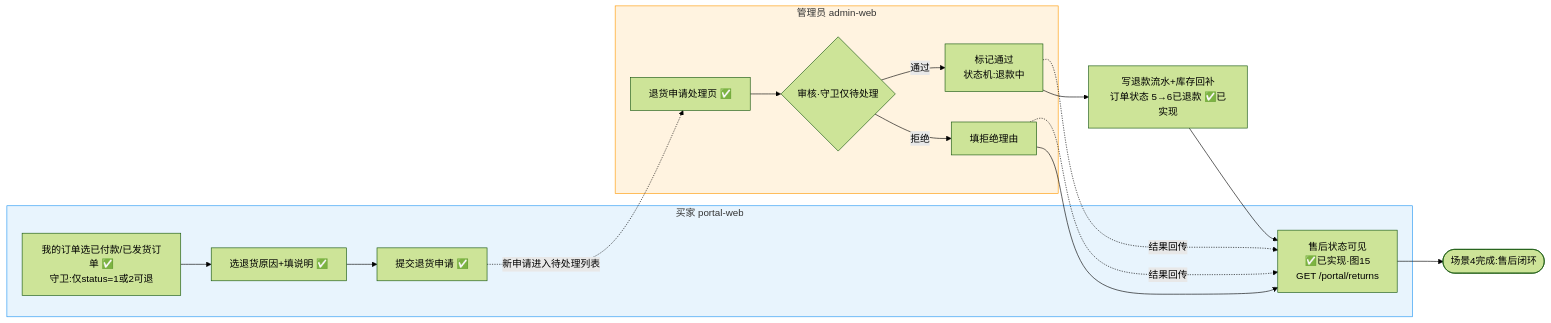
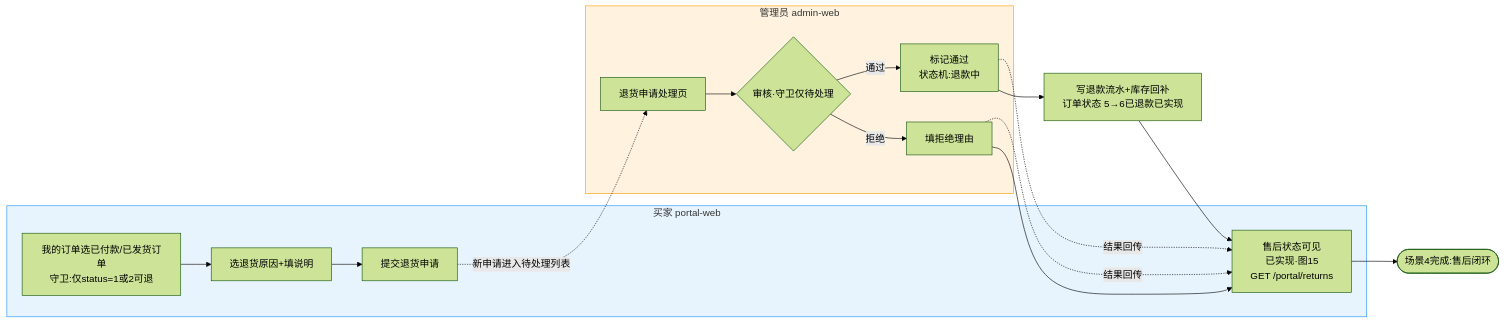
The diagram in docs/flows/02-业务场景/6-场景4-售后退货.mmd (zzy-repo/qiqi-mall), drawn with Mermaid (forest theme) before and after one commit. The commit also changed 40 other files, not shown here.

Commit message:
docs: 图集按系统当前状态整理——删除全部md与快照性图(问题图/修复方案/改造前),清除实现状态标注,ER重编为1~4,flows六目录定稿

```diff
--- a/docs/flows/02-业务场景/6-场景4-售后退货.mmd
+++ b/docs/flows/02-业务场景/6-场景4-售后退货.mmd
@@ -1,19 +1,19 @@
 flowchart LR
     subgraph Buyer[买家 portal-web]
-        B1[我的订单选已付款/已发货订单 ✅<br/>守卫:仅status=1或2可退] --> B2[选退货原因+填说明 ✅] --> B3[提交退货申请 ✅]
-        B5[售后状态可见<br/>✅已实现·图15<br/>GET /portal/returns]
+        B1[我的订单选已付款/已发货订单<br/>守卫:仅status=1或2可退] --> B2[选退货原因+填说明] --> B3[提交退货申请]
+        B5[售后状态可见<br/>已实现·图15<br/>GET /portal/returns]
     end
     subgraph Admin[管理员 admin-web]
-        A1[退货申请处理页 ✅] --> A2{审核·守卫仅待处理}
+        A1[退货申请处理页] --> A2{审核·守卫仅待处理}
         A2 -- 通过 --> A3[标记通过<br/>状态机:退款中] 
         A2 -- 拒绝 --> A4[填拒绝理由]
     end
     B3 -.新申请进入待处理列表.-> A1
     A3 -.结果回传.-> B5
     A4 -.结果回传.-> B5
-    A3 --> L1[写退款流水+库存回补<br/>订单状态 5→6已退款 ✅已实现]
+    A3 --> L1[写退款流水+库存回补<br/>订单状态 5→6已退款已实现]
     L1 --> B5
     A4 --> B5
     B5 --> Done4([场景4完成:售后闭环])
     style Admin fill:#fff3e0,stroke:#ff9800
     style Buyer fill:#e8f4fd,stroke:#2196f3
```
